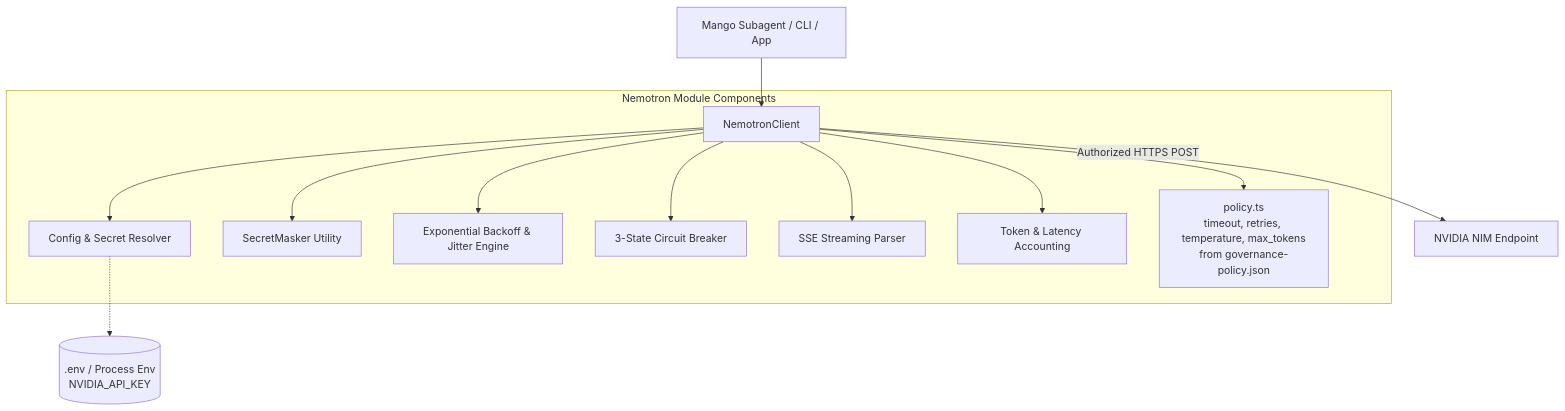
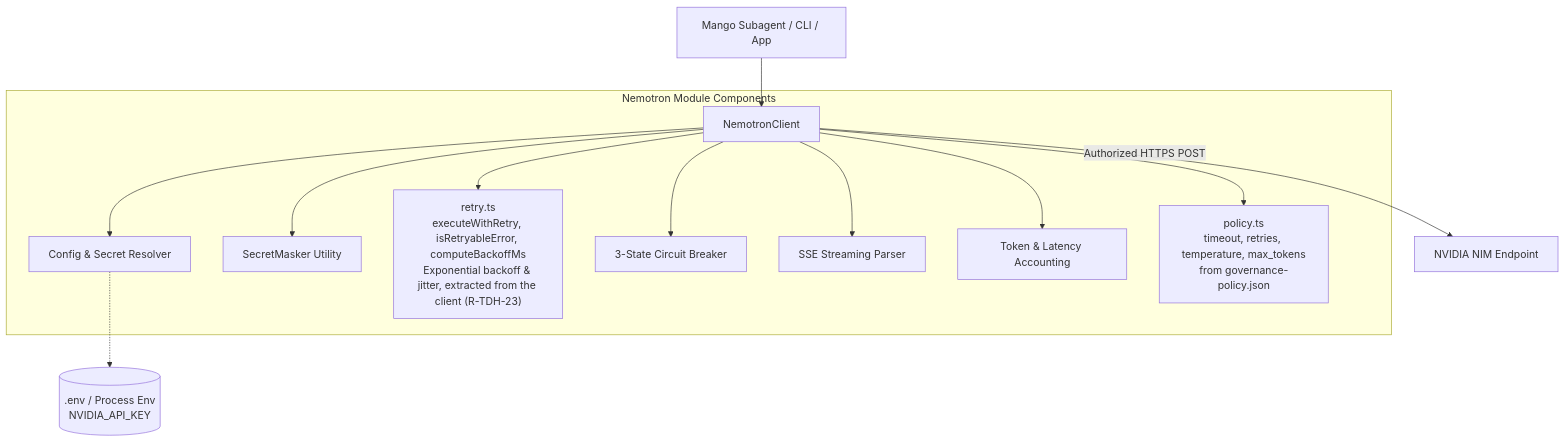
The sixth of 8 diagrams in docs/architecture/c4_architecture.md (ianshank/Mango_Code_Agent-Harness), drawn with Mermaid before and after one commit. The commit also changed other lines of this file and 12 other files, not shown here.

````diff
--- a/docs/architecture/c4_architecture.md
+++ b/docs/architecture/c4_architecture.md
@@ -336,17 +340,17 @@
 ```mermaid
 graph TD
     Caller[Mango Subagent / CLI / App] --> Client[NemotronClient]
     
     subgraph "Nemotron Module Components"
         Client --> Config[Config & Secret Resolver]
         Client --> Masker[SecretMasker Utility]
-        Client --> Backoff[Exponential Backoff & Jitter Engine]
+        Client --> Backoff["retry.ts<br/>executeWithRetry, isRetryableError, computeBackoffMs<br/>Exponential backoff & jitter, extracted from the client (R-TDH-23)"]
         Client --> CB[3-State Circuit Breaker]
         Client --> SSE[SSE Streaming Parser]
         Client --> Telemetry[Token & Latency Accounting]
         Client --> PolicyReader[policy.ts<br/>timeout, retries, temperature, max_tokens<br/>from governance-policy.json]
     end
     
     Config -.-> EnvVar[(.env / Process Env<br/>NVIDIA_API_KEY)]
     Client -->|Authorized HTTPS POST| Cloud[NVIDIA NIM Endpoint]
 ```
````
